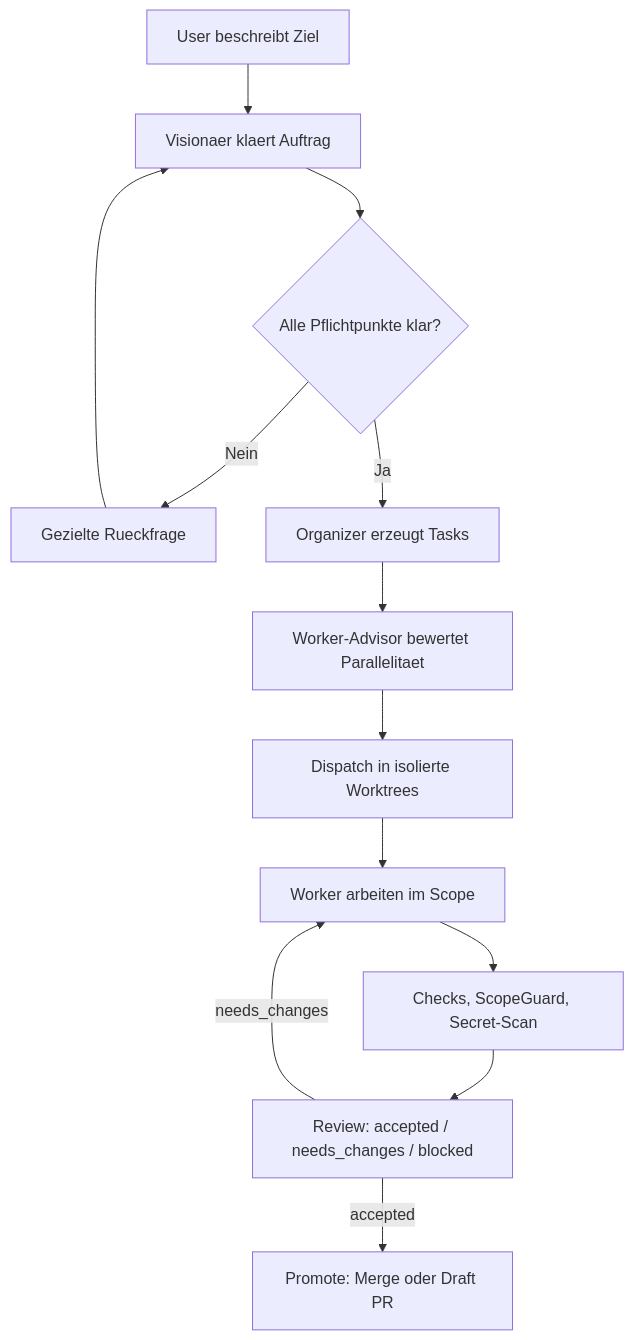
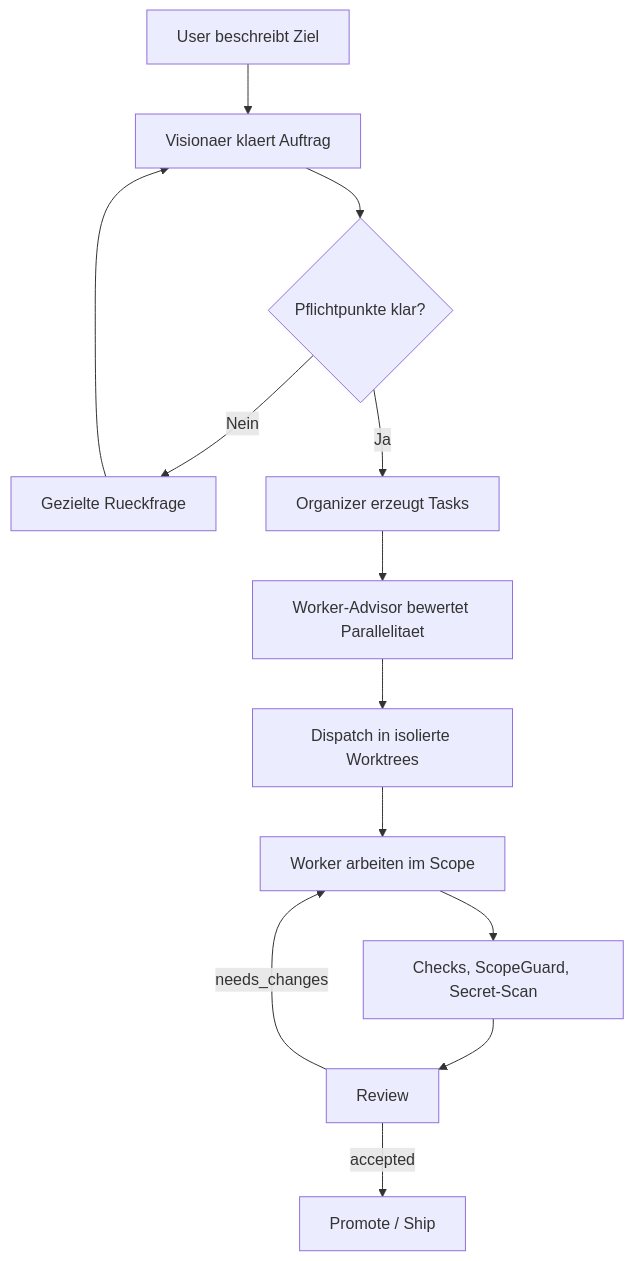
The diagram in README.md (JeansBraindead/Codex-VOCR), drawn with Mermaid before and after one commit. The commit also changed other lines of this file and 6 other files, not shown here.

Commit message:
docs: streamline repo for current beta flow

````diff
--- a/README.md
+++ b/README.md
@@ -81,15 +120,15 @@
 ```mermaid
 flowchart TD
     U["User beschreibt Ziel"] --> V["Visionaer klaert Auftrag"]
-    V --> G{"Alle Pflichtpunkte klar?"}
+    V --> G{"Pflichtpunkte klar?"}
     G -- "Nein" --> Q["Gezielte Rueckfrage"]
     Q --> V
     G -- "Ja" --> O["Organizer erzeugt Tasks"]
     O --> A["Worker-Advisor bewertet Parallelitaet"]
     A --> D["Dispatch in isolierte Worktrees"]
     D --> W["Worker arbeiten im Scope"]
     W --> C["Checks, ScopeGuard, Secret-Scan"]
-    C --> R["Review: accepted / needs_changes / blocked"]
+    C --> R["Review"]
     R -- "needs_changes" --> W
-    R -- "accepted" --> P["Promote: Merge oder Draft PR"]
+    R -- "accepted" --> P["Promote / Ship"]
 ```
````
